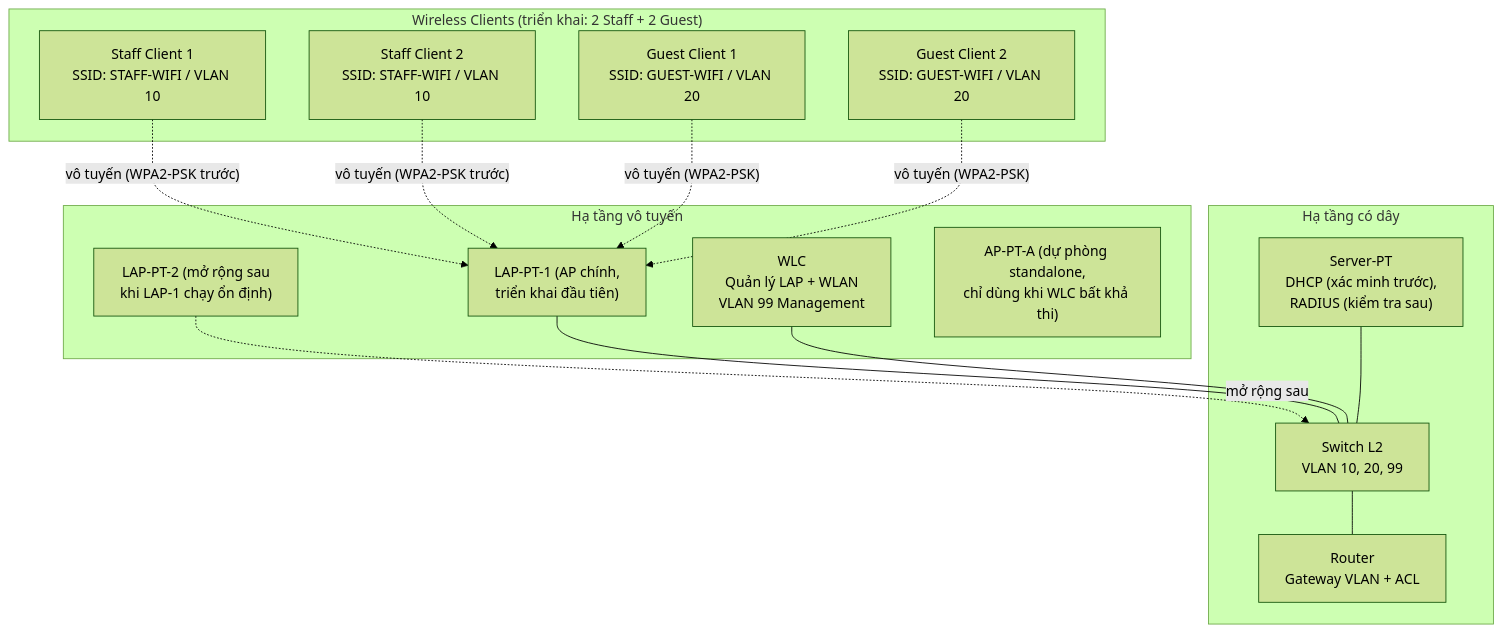
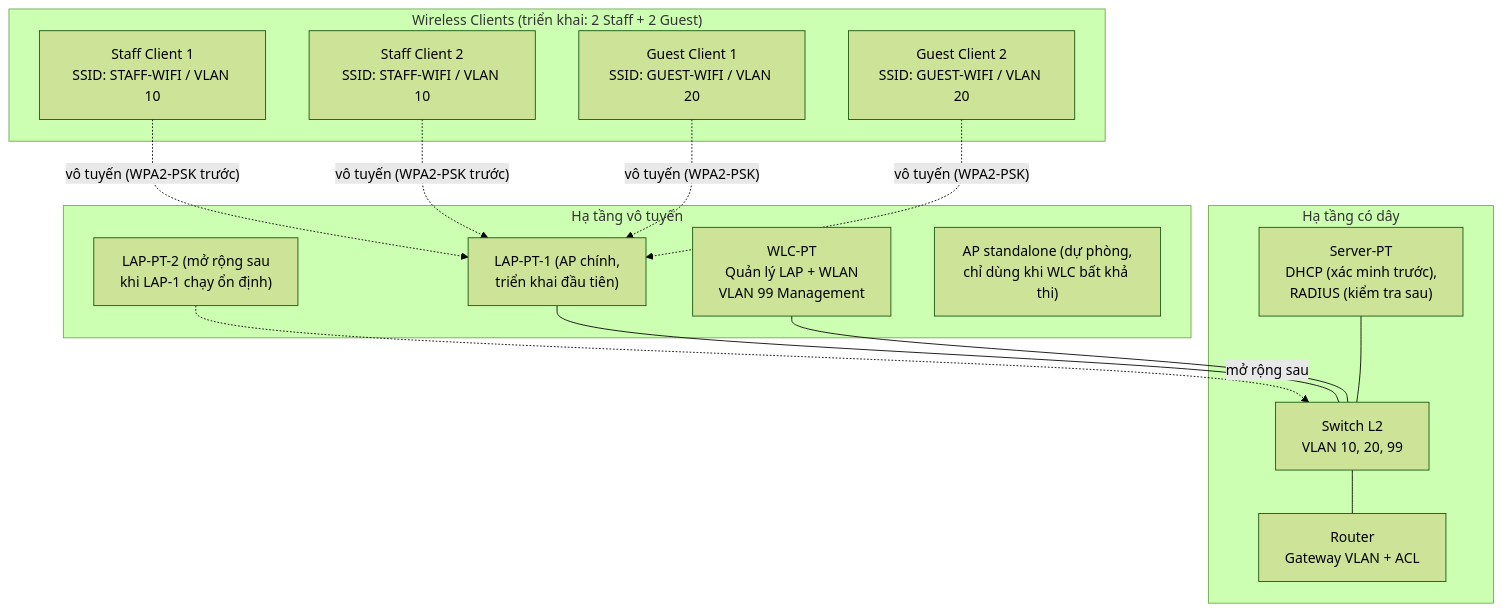
The diagram in docs/topology.md (Hoang-Minh-Hieu-2806/enterprise-wifi-wlc-lab), drawn with Mermaid (forest theme) before and after one commit. The commit also changed other lines of this file and 20 other files, not shown here.

````diff
--- a/docs/topology.md
+++ b/docs/topology.md
@@ -22,33 +24,33 @@
 ```mermaid
 flowchart TB
     subgraph Clients["Wireless Clients (triển khai: 2 Staff + 2 Guest)"]
         STAFF1["Staff Client 1<br/>SSID: STAFF-WIFI / VLAN 10"]
         STAFF2["Staff Client 2<br/>SSID: STAFF-WIFI / VLAN 10"]
         GUEST1["Guest Client 1<br/>SSID: GUEST-WIFI / VLAN 20"]
         GUEST2["Guest Client 2<br/>SSID: GUEST-WIFI / VLAN 20"]
     end
 
     subgraph Wireless["Hạ tầng vô tuyến"]
         LAP1["LAP-PT-1 (AP chính,<br/>triển khai đầu tiên)"]
         LAP2["LAP-PT-2 (mở rộng sau<br/>khi LAP-1 chạy ổn định)"]
-        WLC["WLC<br/>Quản lý LAP + WLAN<br/>VLAN 99 Management"]
-        APTA["AP-PT-A (dự phòng standalone,<br/>chỉ dùng khi WLC bất khả thi)"]
+        WLC["WLC-PT<br/>Quản lý LAP + WLAN<br/>VLAN 99 Management"]
+        APTA["AP standalone (dự phòng,<br/>chỉ dùng khi WLC bất khả thi)"]
     end
 
     subgraph Wired["Hạ tầng có dây"]
         SW["Switch L2<br/>VLAN 10, 20, 99"]
         RTR["Router<br/>Gateway VLAN + ACL"]
         SRV["Server-PT<br/>DHCP (xác minh trước),<br/>RADIUS (kiểm tra sau)"]
     end
 
     STAFF1 -. vô tuyến (WPA2-PSK trước) .-> LAP1
     STAFF2 -. vô tuyến (WPA2-PSK trước) .-> LAP1
     GUEST1 -. vô tuyến (WPA2-PSK) .-> LAP1
     GUEST2 -. vô tuyến (WPA2-PSK) .-> LAP1
     LAP2 -. mở rộng sau .-> SW
 
     LAP1 --- SW
     WLC --- SW
     SRV --- SW
     SW --- RTR
 ```
````
